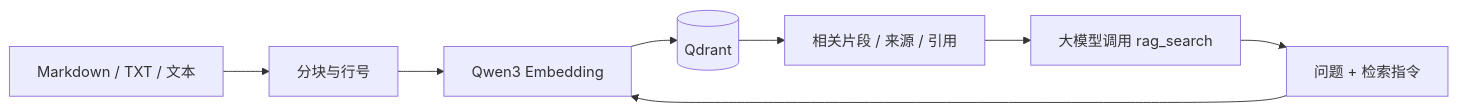
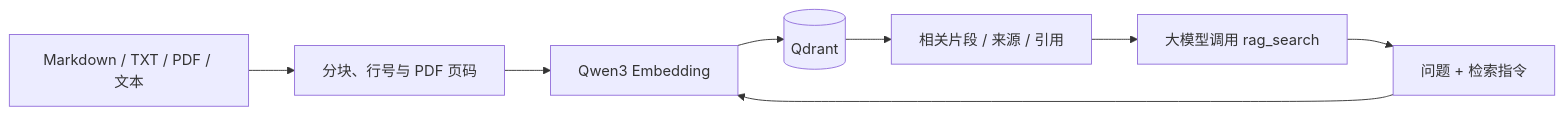
One commit to popoaichuiniu/citedock changed the diagram in README.md. Above: the diagram before and after it, drawn with Mermaid. The commit also changed other lines of this file and 20 other files, not shown here.

````diff
--- a/README.md
+++ b/README.md
@@ -5,10 +5,10 @@
 ```mermaid
 flowchart LR
-  D[Markdown / TXT / 文本] --> C[分块与行号]
+  D[Markdown / TXT / PDF / 文本] --> C[分块、行号与 PDF 页码]
   C --> E[Qwen3 Embedding]
   E --> Q[(Qdrant)]
   L[大模型调用 rag_search] --> S[问题 + 检索指令]
   S --> E
   Q --> R[相关片段 / 来源 / 引用]
   R --> L
 ```
````
